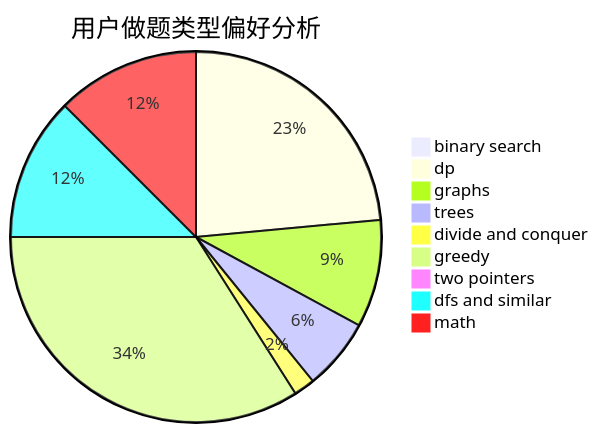
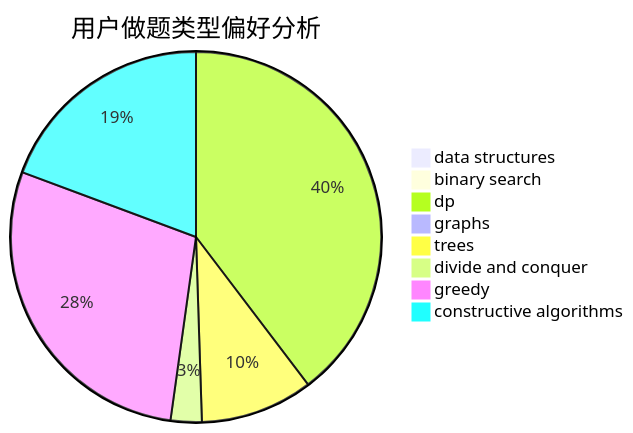
The second of 3 diagrams in docs/user/u1951.md (sherpahu/cfrs.github.io), drawn with Mermaid before and after one commit. The commit also changed other lines of this file and 2775 other files, not shown here.

````diff
--- a/docs/user/u1951.md
+++ b/docs/user/u1951.md
@@ -23,12 +23,11 @@
 ```mermaid
 pie title 用户做题类型偏好分析
-    "binary search" :  1
-    "dp" :  128
-    "graphs" :  51
-    "trees" :  34
-    "divide and conquer" :  10
-    "greedy" :  185
-    "two pointers" :  2
-    "dfs and similar" :  68
-    "math" :  68
+    "data structures" :  0
+    "binary search" :  0
+    "dp" :  117
+    "graphs" :  0
+    "trees" :  29
+    "divide and conquer" :  8
+    "greedy" :  84
+    "constructive algorithms" :  57
 ```
````
